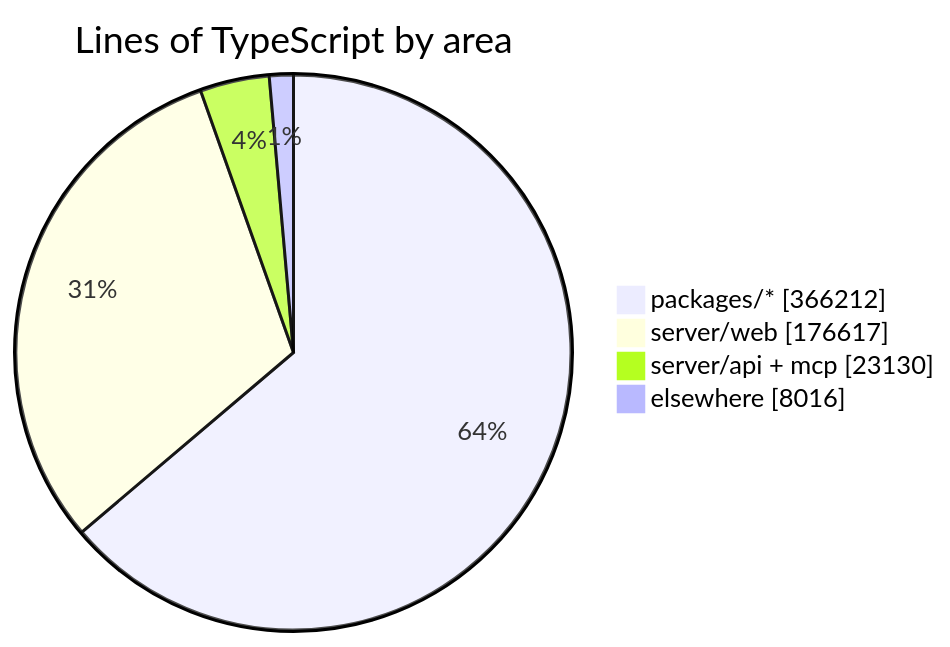
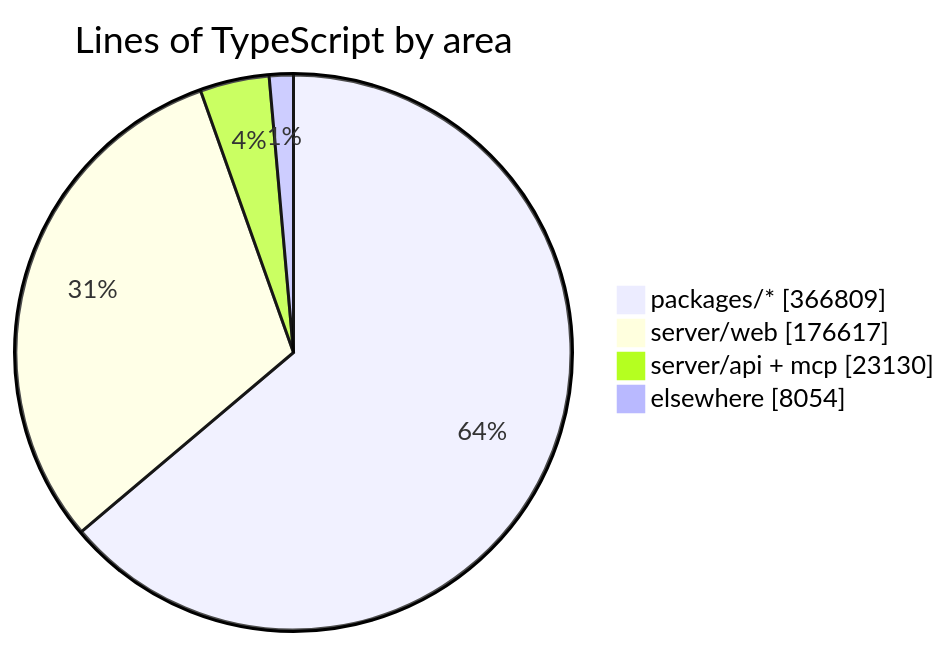
Before and after one commit to crossworks-engineering/mantle: the diagram in README.md, drawn with Mermaid. The commit also changed other lines of this file and 2 other files, not shown here.

````diff
--- a/README.md
+++ b/README.md
@@ -294,7 +294,7 @@
 ```mermaid
 pie showData title Lines of TypeScript by area
-    "packages/*" : 366212
+    "packages/*" : 366809
     "server/web" : 176617
     "server/api + mcp" : 23130
-    "elsewhere" : 8016
+    "elsewhere" : 8054
 ```
````
